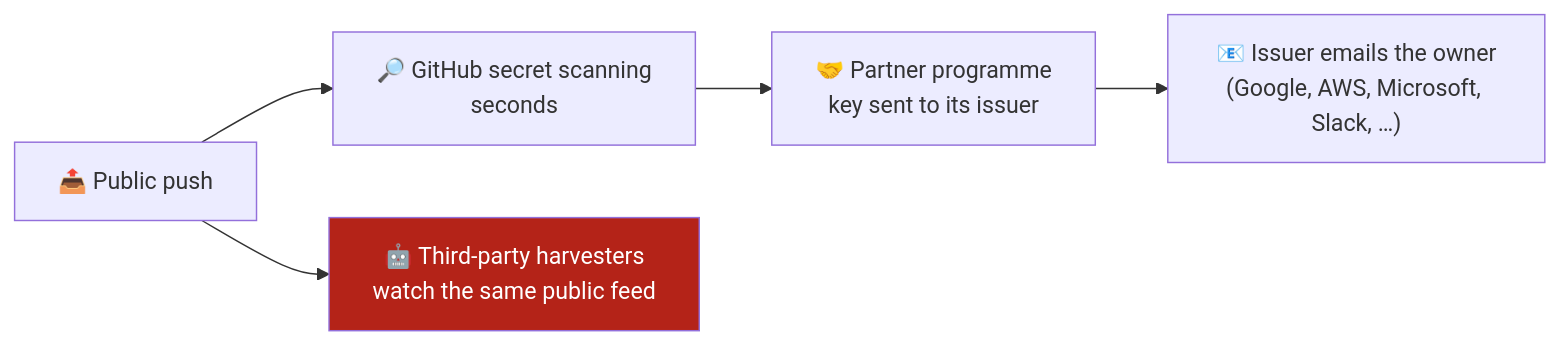
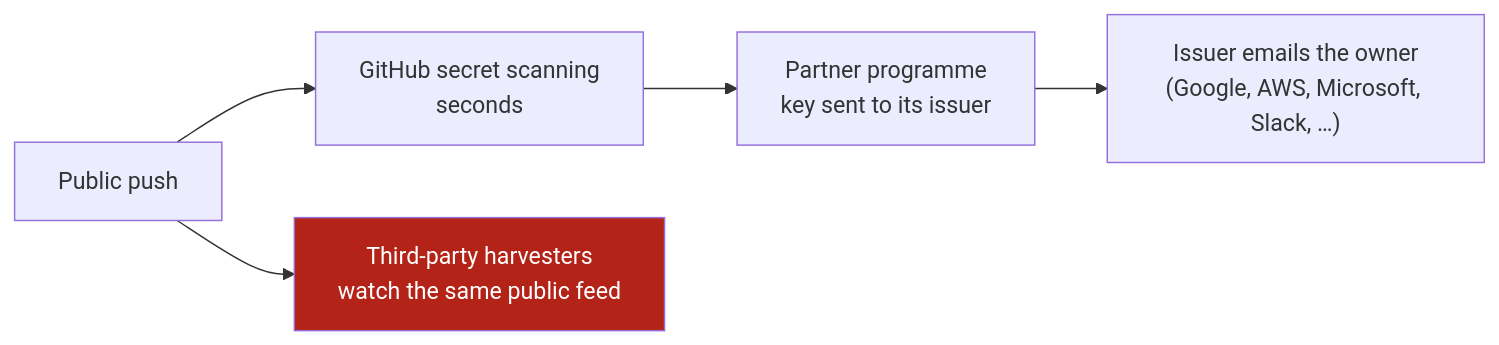
The diagram in docs/05-where-copies-survive.md (aboutBilal/leak-response-toolkit), drawn with Mermaid before and after one commit. The commit also changed other lines of this file and 30 other files, not shown here.

````diff
--- a/docs/05-where-copies-survive.md
+++ b/docs/05-where-copies-survive.md
@@ -9,8 +9,8 @@
 ```mermaid
 flowchart LR
-    P["📤 Public push"] --> S["🔎 GitHub secret scanning<br/>seconds"]
-    S --> PA["🤝 Partner programme<br/>key sent to its issuer"]
-    PA --> E["📧 Issuer emails the owner<br/>(Google, AWS, Microsoft, Slack, …)"]
-    P --> B["🤖 Third-party harvesters<br/>watch the same public feed"]
+    P["Public push"] --> S["GitHub secret scanning<br/>seconds"]
+    S --> PA["Partner programme<br/>key sent to its issuer"]
+    PA --> E["Issuer emails the owner<br/>(Google, AWS, Microsoft, Slack, …)"]
+    P --> B["Third-party harvesters<br/>watch the same public feed"]
     style B fill:#b42318,color:#fff
 ```
````
